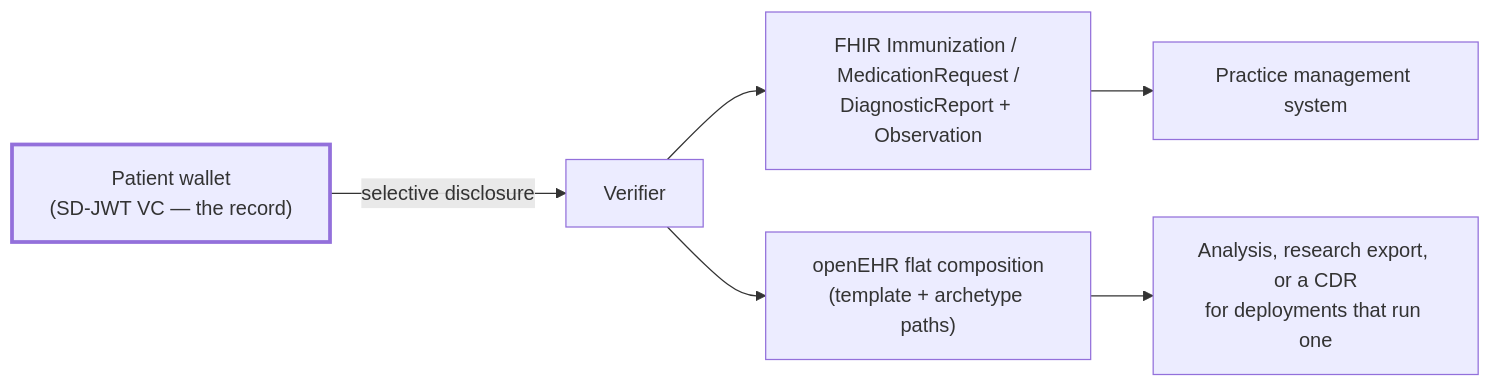
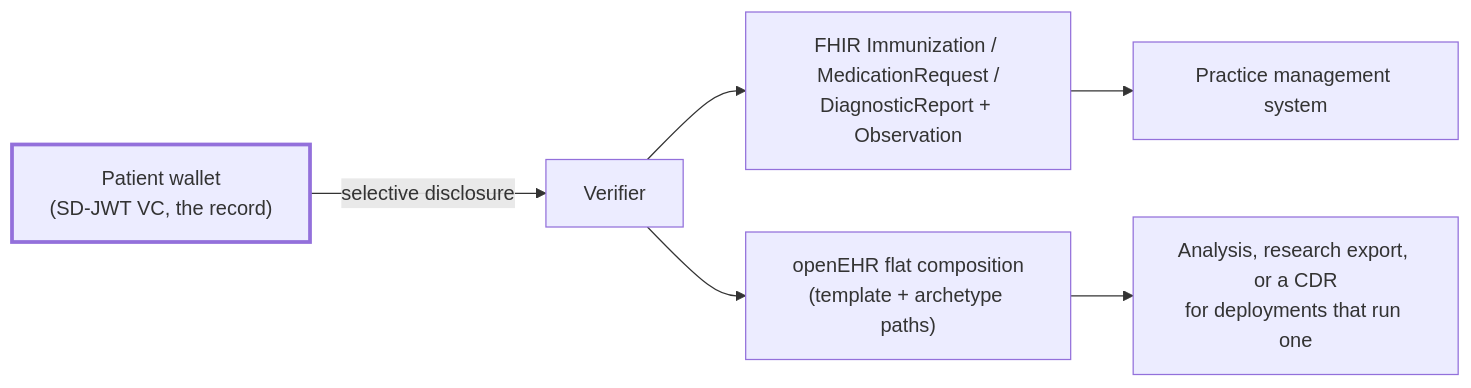
Before and after one commit to DIDAS-swiss/Trust-Flow-Diagram-Repository: the diagram in health/flows/F-07-model-projection.md, drawn with Mermaid. The commit also changed other lines of this file and 24 other files, not shown here.

First line of the commit message:
Add the coverage survey and bring the flows up to the source repository

````diff
--- a/health/flows/F-07-model-projection.md
+++ b/health/flows/F-07-model-projection.md
@@ -45,9 +45,9 @@
 ```mermaid
 flowchart LR
-    W["Patient wallet<br/>(SD-JWT VC — the record)"] -->|selective disclosure| V["Verifier"]
+    W["Patient wallet<br/>(SD-JWT VC, the record)"] -->|selective disclosure| V["Verifier"]
     V --> F["FHIR Immunization / MedicationRequest /<br/>DiagnosticReport + Observation"]
     V --> O["openEHR flat composition<br/>(template + archetype paths)"]
     F --> S1["Practice management system"]
     O --> S2["Analysis, research export, or a CDR<br/>for deployments that run one"]
     style W stroke-width:3px
 ```
````
